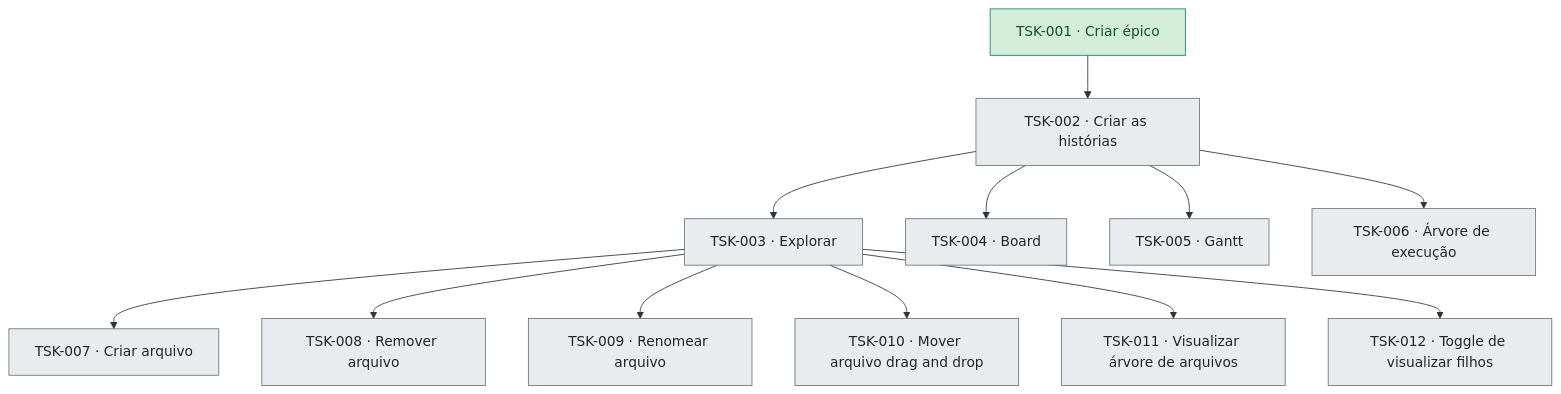
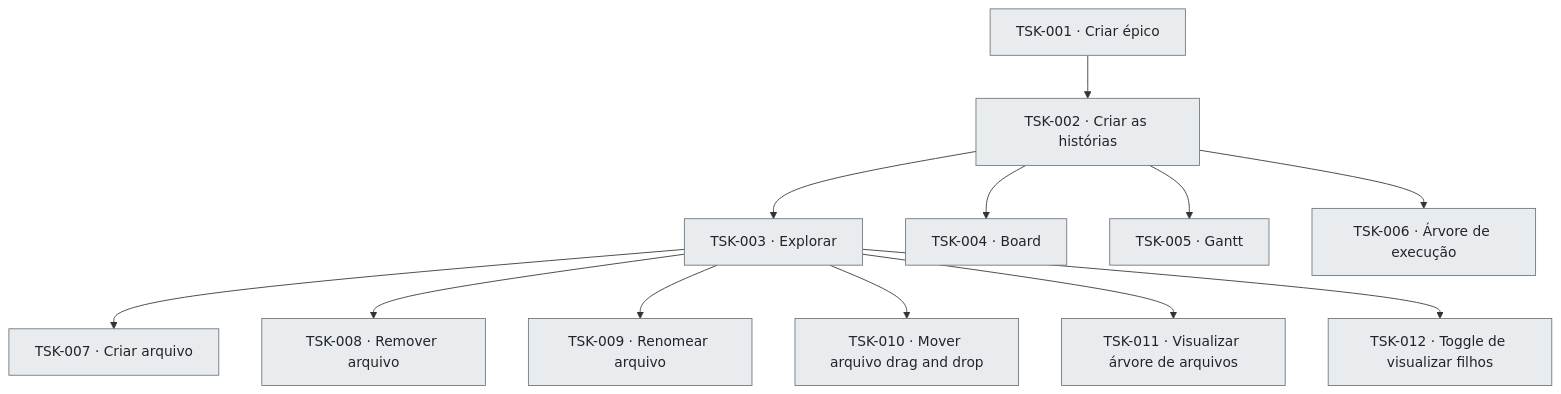
One commit to laerciogermano/workstation changed the diagram in board.md. Above: the diagram before and after it, drawn with Mermaid. The commit also changed other lines of this file and 2 other files, not shown here.

Commit message:
Refactor task classification in board documentation by consolidating 'Todo' tasks and updating task references for improved clarity on project status and organization.

````diff
--- a/board.md
+++ b/board.md
@@ -25,34 +25,33 @@
 ```mermaid
 flowchart TD
   T001["TSK-001 · Criar épico"]
   T002["TSK-002 · Criar as histórias"]
   T003["TSK-003 · Explorar"]
   T007["TSK-007 · Criar arquivo"]
   T008["TSK-008 · Remover arquivo"]
   T009["TSK-009 · Renomear arquivo"]
   T010["TSK-010 · Mover arquivo drag and drop"]
   T011["TSK-011 · Visualizar árvore de arquivos"]
   T012["TSK-012 · Toggle de visualizar filhos"]
   T004["TSK-004 · Board"]
   T005["TSK-005 · Gantt"]
   T006["TSK-006 · Árvore de execução"]
 
   T001 --> T002
   T002 --> T003
   T003 --> T007
   T003 --> T008
   T003 --> T009
   T003 --> T010
   T003 --> T011
   T003 --> T012
   T002 --> T004
   T002 --> T005
   T002 --> T006
 
   classDef done fill:#d4edda,stroke:#198754,color:#0f5132
   classDef doing fill:#fff3cd,stroke:#ffc107,color:#664d03
   classDef todo fill:#e9ecef,stroke:#6c757d,color:#212529
 
-  class T001 done
-  class T002,T003,T004,T005,T006,T007,T008,T009,T010,T011,T012 todo
+  class T001,T002,T003,T004,T005,T006,T007,T008,T009,T010,T011,T012 todo
 ```
````
